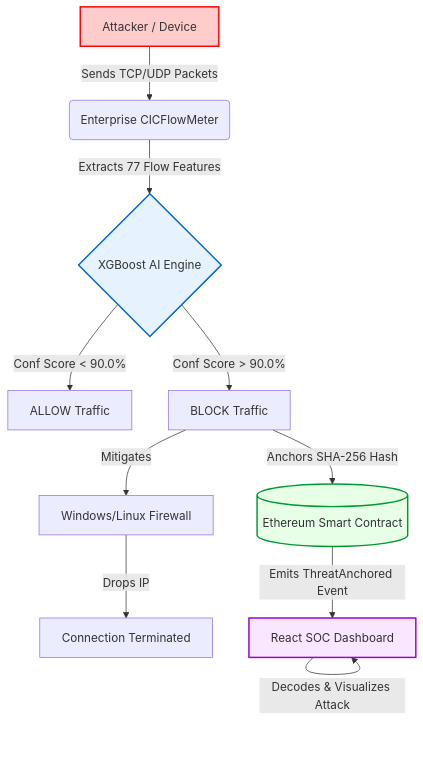
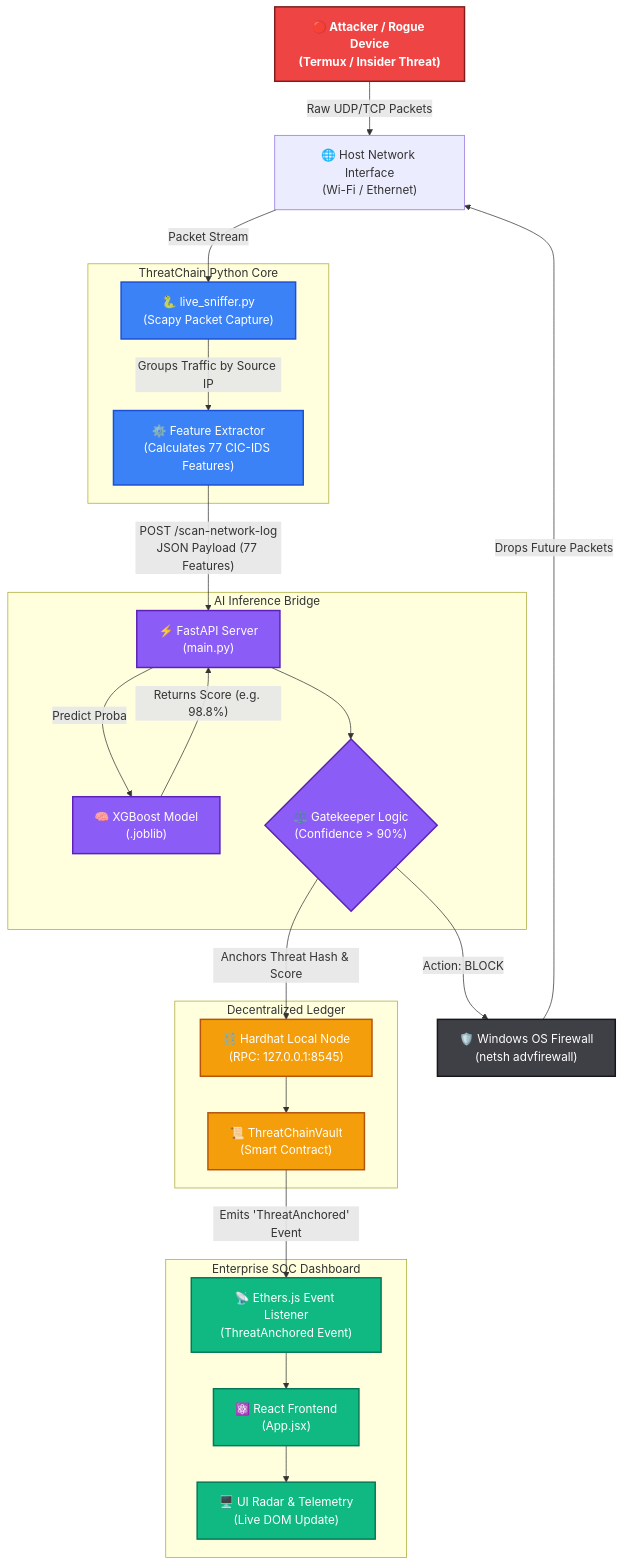
One commit to sohumvenkatadri7/ThreatChain changed the diagram in README.md. Above: the diagram before and after it, drawn with Mermaid. The commit also changed other lines of this file, not shown here.

Commit message:
docs: Update README with detailed system architecture Mermaid diagram

````diff
--- a/README.md
+++ b/README.md
@@ -34,30 +34,58 @@
 ```mermaid
 graph TD
-    %% Entities
-    A[Attacker / Device]
-    B(Enterprise CICFlowMeter)
-    C{XGBoost AI Engine}
-    D[ALLOW Traffic]
-    E[BLOCK Traffic]
-    F[Windows/Linux Firewall]
-    G[Connection Terminated]
-    H[(Ethereum Smart Contract)]
-    I[React SOC Dashboard]
+    %% Define Styles
+    classDef attacker fill:#ef4444,stroke:#7f1d1d,stroke-width:2px,color:white,font-weight:bold;
+    classDef python fill:#3b82f6,stroke:#1d4ed8,stroke-width:2px,color:white;
+    classDef ai fill:#8b5cf6,stroke:#5b21b6,stroke-width:2px,color:white;
+    classDef blockchain fill:#f59e0b,stroke:#b45309,stroke-width:2px,color:white;
+    classDef frontend fill:#10b981,stroke:#047857,stroke-width:2px,color:white;
+    classDef firewall fill:#3f3f46,stroke:#18181b,stroke-width:2px,color:white;
 
-    %% Flow
-    A -- Sends TCP/UDP Packets --> B
-    B -- Extracts 77 Flow Features --> C
-    C -- Conf Score < 90.0% --> D
-    C -- Conf Score > 90.0% --> E
-    E -- Mitigates --> F
-    F -- Drops IP --> G
-    E -- Anchors SHA-256 Hash --> H
-    H -- Emits ThreatAnchored Event --> I
-    I -- Decodes & Visualizes Attack --> I
+    %% Nodes
+    A["🔴 Attacker / Rogue Device<br>(Termux / Insider Threat)"]:::attacker
+    B["🌐 Host Network Interface<br>(Wi-Fi / Ethernet)"]
+    
+    subgraph "ThreatChain Python Core"
+        C["🐍 live_sniffer.py<br>(Scapy Packet Capture)"]:::python
+        D["⚙️ Feature Extractor<br>(Calculates 77 CIC-IDS Features)"]:::python
+    end
 
-    %% Styling
-    style A fill:#ffcccc,stroke:#ff0000,stroke-width:2px
-    style C fill:#e6f3ff,stroke:#0066cc,stroke-width:2px
-    style H fill:#e6ffe6,stroke:#009933,stroke-width:2px
-    style I fill:#f9e6ff,stroke:#9900cc,stroke-width:2px
+    subgraph "AI Inference Bridge"
+        E["⚡ FastAPI Server<br>(main.py)"]:::ai
+        F["🧠 XGBoost Model<br>(.joblib)"]:::ai
+        G{"⚖️ Gatekeeper Logic<br>(Confidence > 90%)"}:::ai
+    end
+
+    subgraph "Decentralized Ledger"
+        H["⛓️ Hardhat Local Node<br>(RPC: 127.0.0.1:8545)"]:::blockchain
+        I["📜 ThreatChainVault<br>(Smart Contract)"]:::blockchain
+    end
+    
+    J["🛡️ Windows OS Firewall<br>(netsh advfirewall)"]:::firewall
+
+    subgraph "Enterprise SOC Dashboard"
+        K["⚛️ React Frontend<br>(App.jsx)"]:::frontend
+        L["📡 Ethers.js Event Listener<br>(ThreatAnchored Event)"]:::frontend
+        M["🖥️ UI Radar & Telemetry<br>(Live DOM Update)"]:::frontend
+    end
+
+    %% Flow/Connections
+    A -- "Raw UDP/TCP Packets" --> B
+    B -- "Packet Stream" --> C
+    C -- "Groups Traffic by Source IP" --> D
+    D -- "POST /scan-network-log<br>JSON Payload (77 Features)" --> E
+    
+    E -- "Predict Proba" --> F
+    F -- "Returns Score (e.g. 98.8%)" --> E
+    E --> G
+    
+    G -- "Action: BLOCK" --> J
+    J -- "Drops Future Packets" --> B
+    
+    G -- "Anchors Threat Hash & Score" --> H
+    H --> I
+    
+    I -- "Emits 'ThreatAnchored' Event" --> L
+    L --> K
+    K --> M
 ```
````
